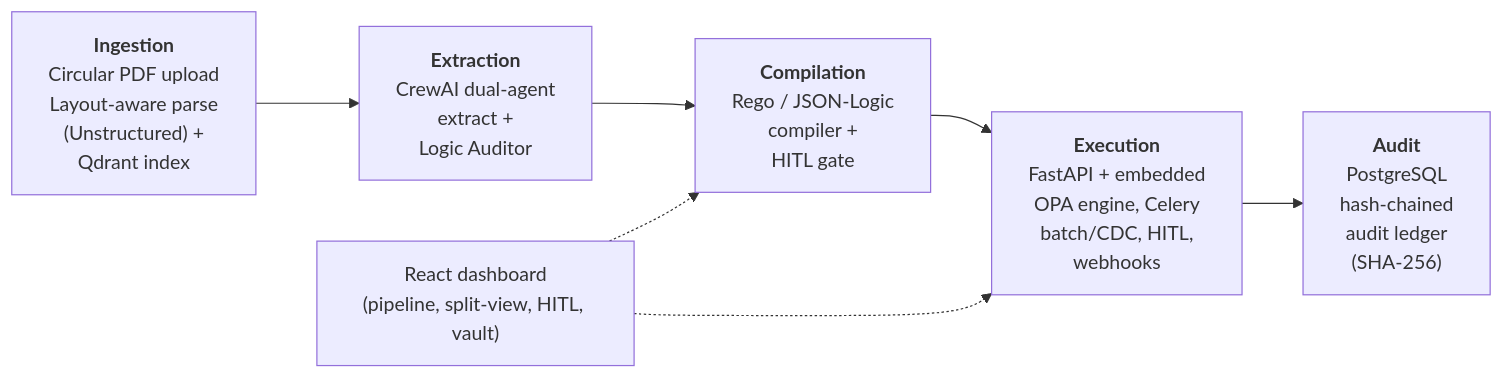
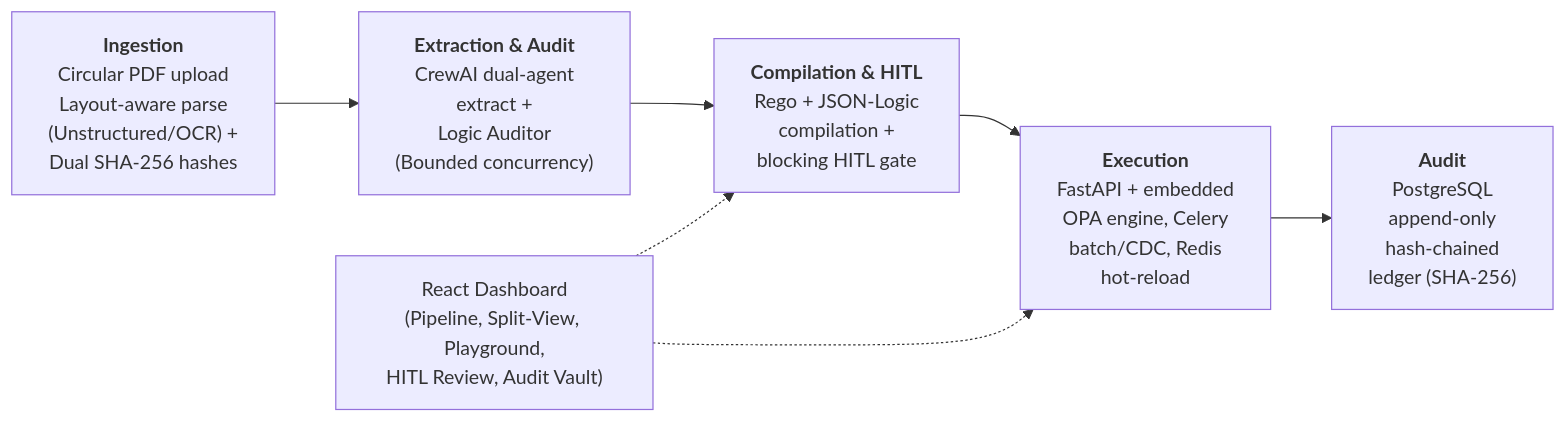
One commit to yawayapnwork/RegEngine-AI changed the diagram in README.md. Above: the diagram before and after it, drawn with Mermaid. The commit also changed other lines of this file and 1 other file, not shown here.

````diff
--- a/README.md
+++ b/README.md
@@ -9,13 +5,13 @@
 ```mermaid
 flowchart LR
-    A["<b>Ingestion</b><br/>Circular PDF upload<br/>Layout-aware parse<br/>(Unstructured) +<br/>Qdrant index"]
-    B["<b>Extraction</b><br/>CrewAI dual-agent<br/>extract +<br/>Logic Auditor"]
-    C["<b>Compilation</b><br/>Rego / JSON-Logic<br/>compiler +<br/>HITL gate"]
-    D["<b>Execution</b><br/>FastAPI + embedded<br/>OPA engine, Celery<br/>batch/CDC, HITL,<br/>webhooks"]
-    E["<b>Audit</b><br/>PostgreSQL<br/>hash-chained<br/>audit ledger<br/>(SHA-256)"]
-    F["React dashboard<br/>(pipeline, split-view, HITL, vault)"]
+    A["<b>Ingestion</b><br/>Circular PDF upload<br/>Layout-aware parse<br/>(Unstructured/OCR) +<br/>Dual SHA-256 hashes"]
+    B["<b>Extraction & Audit</b><br/>CrewAI dual-agent<br/>extract +<br/>Logic Auditor<br/>(Bounded concurrency)"]
+    C["<b>Compilation & HITL</b><br/>Rego + JSON-Logic<br/>compilation +<br/>blocking HITL gate"]
+    D["<b>Execution</b><br/>FastAPI + embedded<br/>OPA engine, Celery<br/>batch/CDC, Redis<br/>hot-reload"]
+    E["<b>Audit</b><br/>PostgreSQL<br/>append-only<br/>hash-chained<br/>ledger (SHA-256)"]
+    F["React Dashboard<br/>(Pipeline, Split-View, Playground,<br/>HITL Review, Audit Vault)"]
 
     A --> B --> C --> D --> E
     F -.-> C
     F -.-> D
 ```
````
